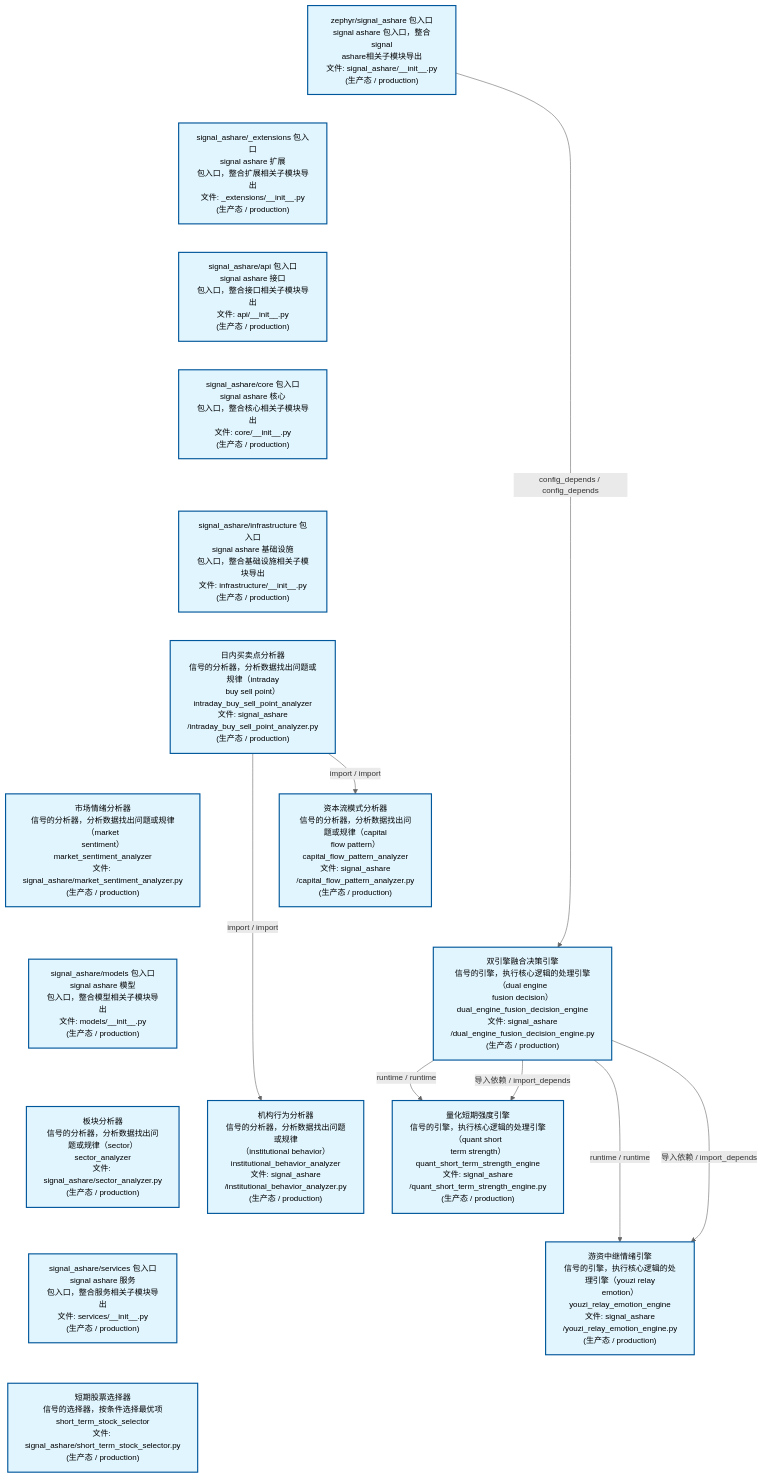
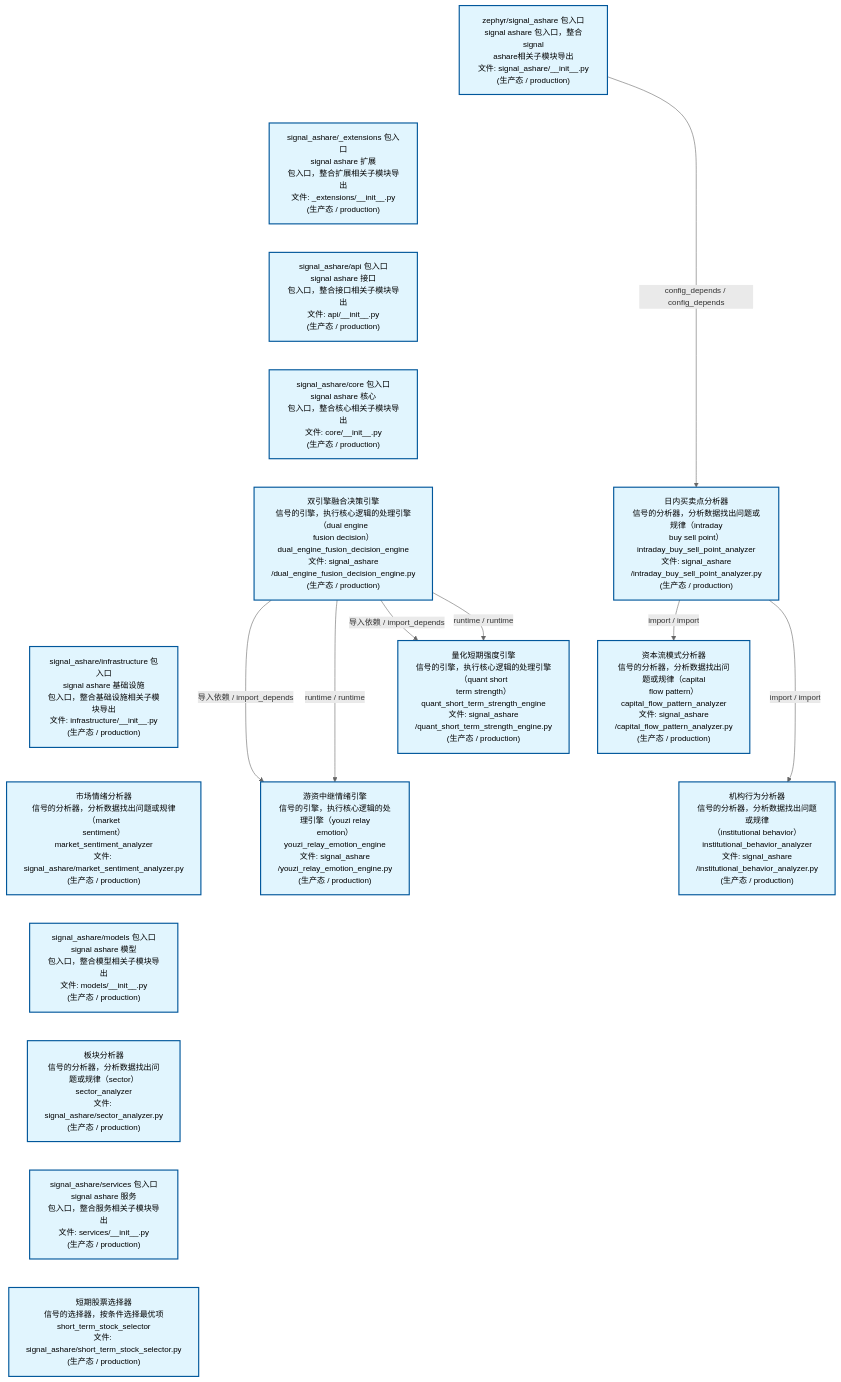
The second of 4 diagrams in docs/02_enterprise_architecture/02_domain_architecture_docs/32_d_ashare_signal.md (xuanFelixVan/ZephyrAlpha), drawn with Mermaid before and after one commit. The commit also changed other lines of this file and 52 other files, not shown here.

````diff
--- a/docs/02_enterprise_architecture/02_domain_architecture_docs/32_d_ashare_signal.md
+++ b/docs/02_enterprise_architecture/02_domain_architecture_docs/32_d_ashare_signal.md
@@ -163,45 +162,45 @@
 ```mermaid
 %%{init: {'theme': 'base', 'themeVariables': {'primaryColor': '#eaeaea', 'primaryTextColor': '#333333', 'primaryBorderColor': '#666666', 'lineColor': '#666666', 'secondaryColor': '#eaeaea', 'tertiaryColor': '#eaeaea', 'fontSize': '14px'}}}%%
 flowchart TD
     src_zephyr_signal_ashare_init_py["zephyr/signal_ashare 包入口<br/>signal ashare 包入口，整合signal<br/>ashare相关子模块导出<br/>文件: signal_ashare/__init__.py<br/>(生产态 / production)"]
     src_zephyr_signal_ashare_extensions_init_py["signal_ashare/_extensions 包入口<br/>signal ashare 扩展<br/>包入口，整合扩展相关子模块导出<br/>文件: _extensions/__init__.py<br/>(生产态 / production)"]
     src_zephyr_signal_ashare_api_init_py["signal_ashare/api 包入口<br/>signal ashare 接口<br/>包入口，整合接口相关子模块导出<br/>文件: api/__init__.py<br/>(生产态 / production)"]
     src_zephyr_signal_ashare_core_init_py["signal_ashare/core 包入口<br/>signal ashare 核心<br/>包入口，整合核心相关子模块导出<br/>文件: core/__init__.py<br/>(生产态 / production)"]
+    src_zephyr_signal_ashare_dual_engine_fusion_decision_engine_py["双引擎融合决策引擎<br/>信号的引擎，执行核心逻辑的处理引擎（dual engine<br/>fusion decision）<br/>dual_engine_fusion_decision_engine<br/>文件: signal_ashare<br/>/dual_engine_fusion_decision_engine.py<br/>(生产态 / production)"]
     src_zephyr_signal_ashare_infrastructure_init_py["signal_ashare/infrastructure 包入口<br/>signal ashare 基础设施<br/>包入口，整合基础设施相关子模块导出<br/>文件: infrastructure/__init__.py<br/>(生产态 / production)"]
-    src_zephyr_signal_ashare_intraday_buy_sell_point_analyzer_py["日内买卖点分析器<br/>信号的分析器，分析数据找出问题或规律（intraday<br/>buy sell point）<br/>intraday_buy_sell_point_analyzer<br/>文件: signal_ashare<br/>/intraday_buy_sell_point_analyzer.py<br/>(生产态 / production)"]
     src_zephyr_signal_ashare_market_sentiment_analyzer_py["市场情绪分析器<br/>信号的分析器，分析数据找出问题或规律（market<br/>sentiment）<br/>market_sentiment_analyzer<br/>文件: signal_ashare/market_sentiment_analyzer.py<br/>(生产态 / production)"]
     src_zephyr_signal_ashare_models_init_py["signal_ashare/models 包入口<br/>signal ashare 模型<br/>包入口，整合模型相关子模块导出<br/>文件: models/__init__.py<br/>(生产态 / production)"]
     src_zephyr_signal_ashare_sector_analyzer_py["板块分析器<br/>信号的分析器，分析数据找出问题或规律（sector）<br/>sector_analyzer<br/>文件: signal_ashare/sector_analyzer.py<br/>(生产态 / production)"]
     src_zephyr_signal_ashare_services_init_py["signal_ashare/services 包入口<br/>signal ashare 服务<br/>包入口，整合服务相关子模块导出<br/>文件: services/__init__.py<br/>(生产态 / production)"]
     src_zephyr_signal_ashare_short_term_stock_selector_py["短期股票选择器<br/>信号的选择器，按条件选择最优项<br/>short_term_stock_selector<br/>文件: signal_ashare/short_term_stock_selector.py<br/>(生产态 / production)"]
     src_zephyr_signal_ashare_init_py ~~~ src_zephyr_signal_ashare_extensions_init_py
     src_zephyr_signal_ashare_extensions_init_py ~~~ src_zephyr_signal_ashare_api_init_py
     src_zephyr_signal_ashare_api_init_py ~~~ src_zephyr_signal_ashare_core_init_py
-    src_zephyr_signal_ashare_core_init_py ~~~ src_zephyr_signal_ashare_infrastructure_init_py
-    src_zephyr_signal_ashare_infrastructure_init_py ~~~ src_zephyr_signal_ashare_intraday_buy_sell_point_analyzer_py
-    src_zephyr_signal_ashare_intraday_buy_sell_point_analyzer_py ~~~ src_zephyr_signal_ashare_market_sentiment_analyzer_py
+    src_zephyr_signal_ashare_core_init_py ~~~ src_zephyr_signal_ashare_dual_engine_fusion_decision_engine_py
+    src_zephyr_signal_ashare_dual_engine_fusion_decision_engine_py ~~~ src_zephyr_signal_ashare_infrastructure_init_py
+    src_zephyr_signal_ashare_infrastructure_init_py ~~~ src_zephyr_signal_ashare_market_sentiment_analyzer_py
     src_zephyr_signal_ashare_market_sentiment_analyzer_py ~~~ src_zephyr_signal_ashare_models_init_py
     src_zephyr_signal_ashare_models_init_py ~~~ src_zephyr_signal_ashare_sector_analyzer_py
     src_zephyr_signal_ashare_sector_analyzer_py ~~~ src_zephyr_signal_ashare_services_init_py
     src_zephyr_signal_ashare_services_init_py ~~~ src_zephyr_signal_ashare_short_term_stock_selector_py
-    src_zephyr_signal_ashare_capital_flow_pattern_analyzer_py["资本流模式分析器<br/>信号的分析器，分析数据找出问题或规律（capital<br/>flow pattern）<br/>capital_flow_pattern_analyzer<br/>文件: signal_ashare<br/>/capital_flow_pattern_analyzer.py<br/>(生产态 / production)"]
-    src_zephyr_signal_ashare_dual_engine_fusion_decision_engine_py["双引擎融合决策引擎<br/>信号的引擎，执行核心逻辑的处理引擎（dual engine<br/>fusion decision）<br/>dual_engine_fusion_decision_engine<br/>文件: signal_ashare<br/>/dual_engine_fusion_decision_engine.py<br/>(生产态 / production)"]
-    src_zephyr_signal_ashare_institutional_behavior_analyzer_py["机构行为分析器<br/>信号的分析器，分析数据找出问题或规律<br/>（institutional behavior）<br/>institutional_behavior_analyzer<br/>文件: signal_ashare<br/>/institutional_behavior_analyzer.py<br/>(生产态 / production)"]
-    src_zephyr_signal_ashare_capital_flow_pattern_analyzer_py ~~~ src_zephyr_signal_ashare_dual_engine_fusion_decision_engine_py
-    src_zephyr_signal_ashare_dual_engine_fusion_decision_engine_py ~~~ src_zephyr_signal_ashare_institutional_behavior_analyzer_py
+    src_zephyr_signal_ashare_intraday_buy_sell_point_analyzer_py["日内买卖点分析器<br/>信号的分析器，分析数据找出问题或规律（intraday<br/>buy sell point）<br/>intraday_buy_sell_point_analyzer<br/>文件: signal_ashare<br/>/intraday_buy_sell_point_analyzer.py<br/>(生产态 / production)"]
     src_zephyr_signal_ashare_quant_short_term_strength_engine_py["量化短期强度引擎<br/>信号的引擎，执行核心逻辑的处理引擎（quant short<br/>term strength）<br/>quant_short_term_strength_engine<br/>文件: signal_ashare<br/>/quant_short_term_strength_engine.py<br/>(生产态 / production)"]
     src_zephyr_signal_ashare_youzi_relay_emotion_engine_py["游资中继情绪引擎<br/>信号的引擎，执行核心逻辑的处理引擎（youzi relay<br/>emotion）<br/>youzi_relay_emotion_engine<br/>文件: signal_ashare<br/>/youzi_relay_emotion_engine.py<br/>(生产态 / production)"]
+    src_zephyr_signal_ashare_intraday_buy_sell_point_analyzer_py ~~~ src_zephyr_signal_ashare_quant_short_term_strength_engine_py
     src_zephyr_signal_ashare_quant_short_term_strength_engine_py ~~~ src_zephyr_signal_ashare_youzi_relay_emotion_engine_py
+    src_zephyr_signal_ashare_capital_flow_pattern_analyzer_py["资本流模式分析器<br/>信号的分析器，分析数据找出问题或规律（capital<br/>flow pattern）<br/>capital_flow_pattern_analyzer<br/>文件: signal_ashare<br/>/capital_flow_pattern_analyzer.py<br/>(生产态 / production)"]
+    src_zephyr_signal_ashare_institutional_behavior_analyzer_py["机构行为分析器<br/>信号的分析器，分析数据找出问题或规律<br/>（institutional behavior）<br/>institutional_behavior_analyzer<br/>文件: signal_ashare<br/>/institutional_behavior_analyzer.py<br/>(生产态 / production)"]
+    src_zephyr_signal_ashare_capital_flow_pattern_analyzer_py ~~~ src_zephyr_signal_ashare_institutional_behavior_analyzer_py
+    src_zephyr_signal_ashare_intraday_buy_sell_point_analyzer_py -->|import / import| src_zephyr_signal_ashare_capital_flow_pattern_analyzer_py
+    src_zephyr_signal_ashare_intraday_buy_sell_point_analyzer_py -->|import / import| src_zephyr_signal_ashare_institutional_behavior_analyzer_py
+    src_zephyr_signal_ashare_dual_engine_fusion_decision_engine_py -->|导入依赖 / import_depends| src_zephyr_signal_ashare_youzi_relay_emotion_engine_py
+    src_zephyr_signal_ashare_dual_engine_fusion_decision_engine_py -->|runtime / runtime| src_zephyr_signal_ashare_youzi_relay_emotion_engine_py
+    src_zephyr_signal_ashare_dual_engine_fusion_decision_engine_py -->|导入依赖 / import_depends| src_zephyr_signal_ashare_quant_short_term_strength_engine_py
     src_zephyr_signal_ashare_dual_engine_fusion_decision_engine_py -->|runtime / runtime| src_zephyr_signal_ashare_quant_short_term_strength_engine_py
-    src_zephyr_signal_ashare_dual_engine_fusion_decision_engine_py -->|导入依赖 / import_depends| src_zephyr_signal_ashare_quant_short_term_strength_engine_py
-    src_zephyr_signal_ashare_dual_engine_fusion_decision_engine_py -->|runtime / runtime| src_zephyr_signal_ashare_youzi_relay_emotion_engine_py
-    src_zephyr_signal_ashare_dual_engine_fusion_decision_engine_py -->|导入依赖 / import_depends| src_zephyr_signal_ashare_youzi_relay_emotion_engine_py
-    src_zephyr_signal_ashare_intraday_buy_sell_point_analyzer_py -->|import / import| src_zephyr_signal_ashare_institutional_behavior_analyzer_py
-    src_zephyr_signal_ashare_intraday_buy_sell_point_analyzer_py -->|import / import| src_zephyr_signal_ashare_capital_flow_pattern_analyzer_py
-    src_zephyr_signal_ashare_init_py -->|config_depends / config_depends| src_zephyr_signal_ashare_dual_engine_fusion_decision_engine_py
+    src_zephyr_signal_ashare_init_py -->|config_depends / config_depends| src_zephyr_signal_ashare_intraday_buy_sell_point_analyzer_py
     classDef production fill:#e1f5fe,stroke:#01579b,stroke-width:2px,color:#000
     classDef design fill:#fff3e0,stroke:#e65100,stroke-width:2px,color:#000,stroke-dasharray: 5 5
     classDef external_prod fill:#e8f4fd,stroke:#0277bd,stroke-width:1px,color:#000
     classDef external_design fill:#fff8e7,stroke:#ef6c00,stroke-width:1px,color:#000,stroke-dasharray: 5 5
     class src_zephyr_signal_ashare_init_py,src_zephyr_signal_ashare_extensions_init_py,src_zephyr_signal_ashare_api_init_py,src_zephyr_signal_ashare_capital_flow_pattern_analyzer_py,src_zephyr_signal_ashare_core_init_py,src_zephyr_signal_ashare_dual_engine_fusion_decision_engine_py,src_zephyr_signal_ashare_infrastructure_init_py,src_zephyr_signal_ashare_institutional_behavior_analyzer_py,src_zephyr_signal_ashare_intraday_buy_sell_point_analyzer_py,src_zephyr_signal_ashare_market_sentiment_analyzer_py,src_zephyr_signal_ashare_models_init_py,src_zephyr_signal_ashare_quant_short_term_strength_engine_py,src_zephyr_signal_ashare_sector_analyzer_py,src_zephyr_signal_ashare_services_init_py,src_zephyr_signal_ashare_short_term_stock_selector_py,src_zephyr_signal_ashare_youzi_relay_emotion_engine_py production
 ```
````
